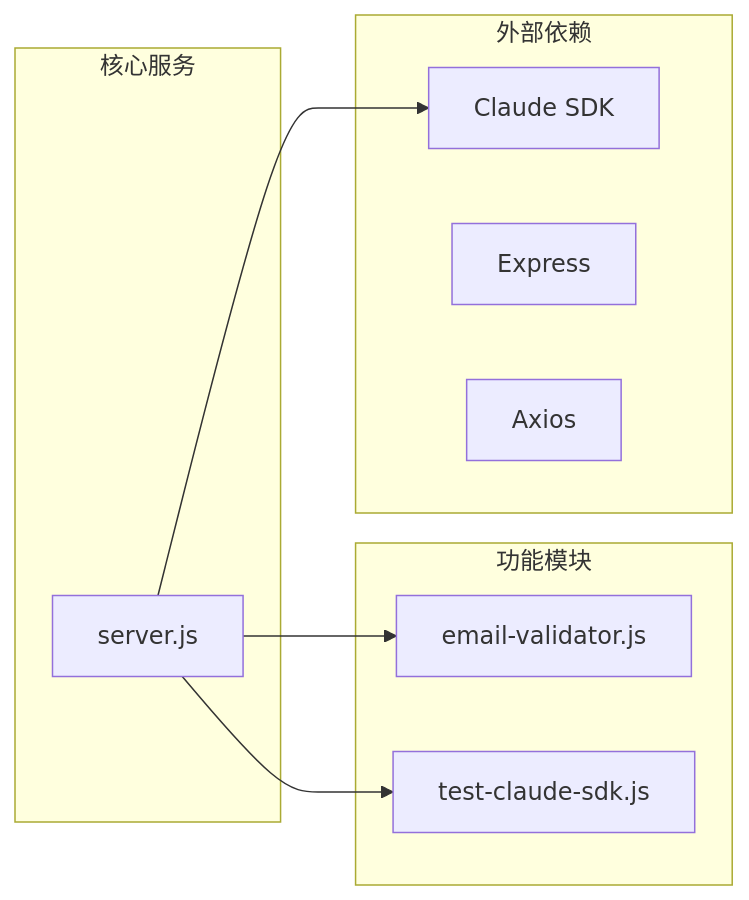
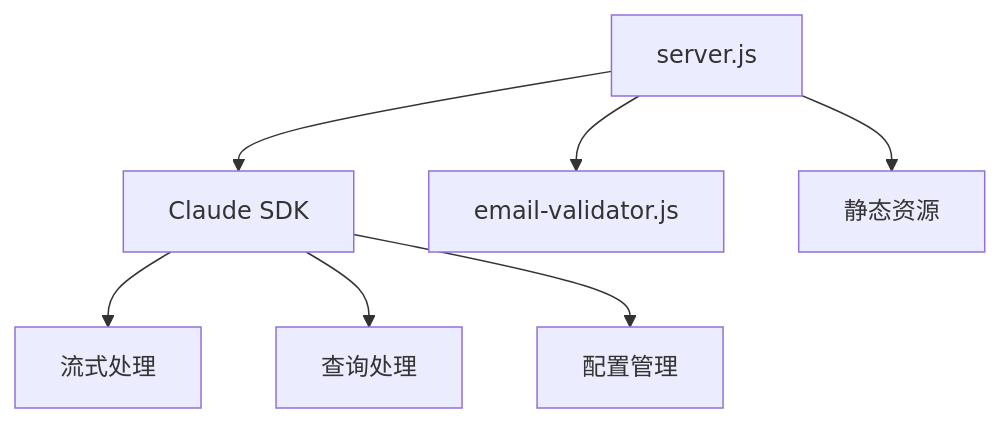
Before and after one commit to danielli0522/cc-sdk-demo: the second of 5 diagrams in demo-real/demo-real-Technical-Overview.md, drawn with Mermaid. The commit also changed other lines of this file and 3 other files, not shown here.

````diff
--- a/demo-real/demo-real-Technical-Overview.md
+++ b/demo-real/demo-real-Technical-Overview.md
@@ -82,21 +51,9 @@
 ```mermaid
-graph LR
-    A[server.js] --> B[email-validator.js]
-    A --> C[test-claude-sdk.js]
-    A --> D[Claude SDK]
-    
-    subgraph 核心服务
-        A
-    end
-    
-    subgraph 功能模块
-        B
-        C
-    end
-    
-    subgraph 外部依赖
-        D
-        E[Express]
-        F[Axios]
-    end
+graph TD
+    A[server.js] --> B[Claude SDK]
+    A --> C[email-validator.js]
+    A --> D[静态资源]
+    B --> E[流式处理]
+    B --> F[查询处理]
+    B --> G[配置管理]
 ```
````
